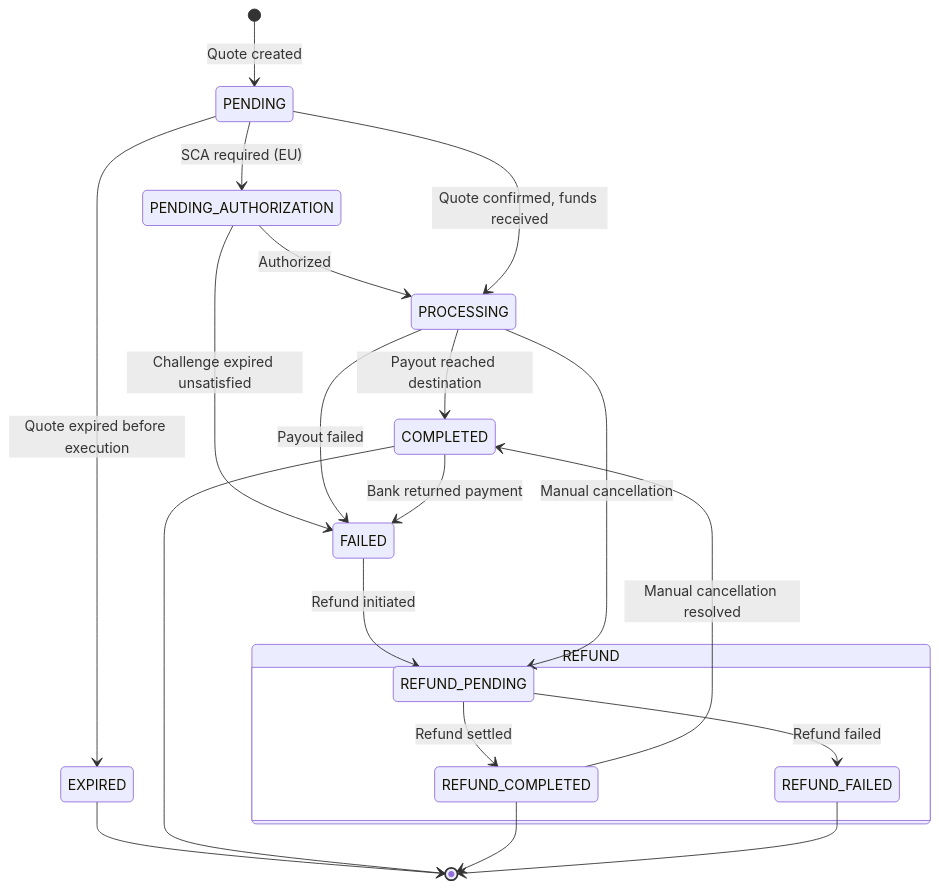
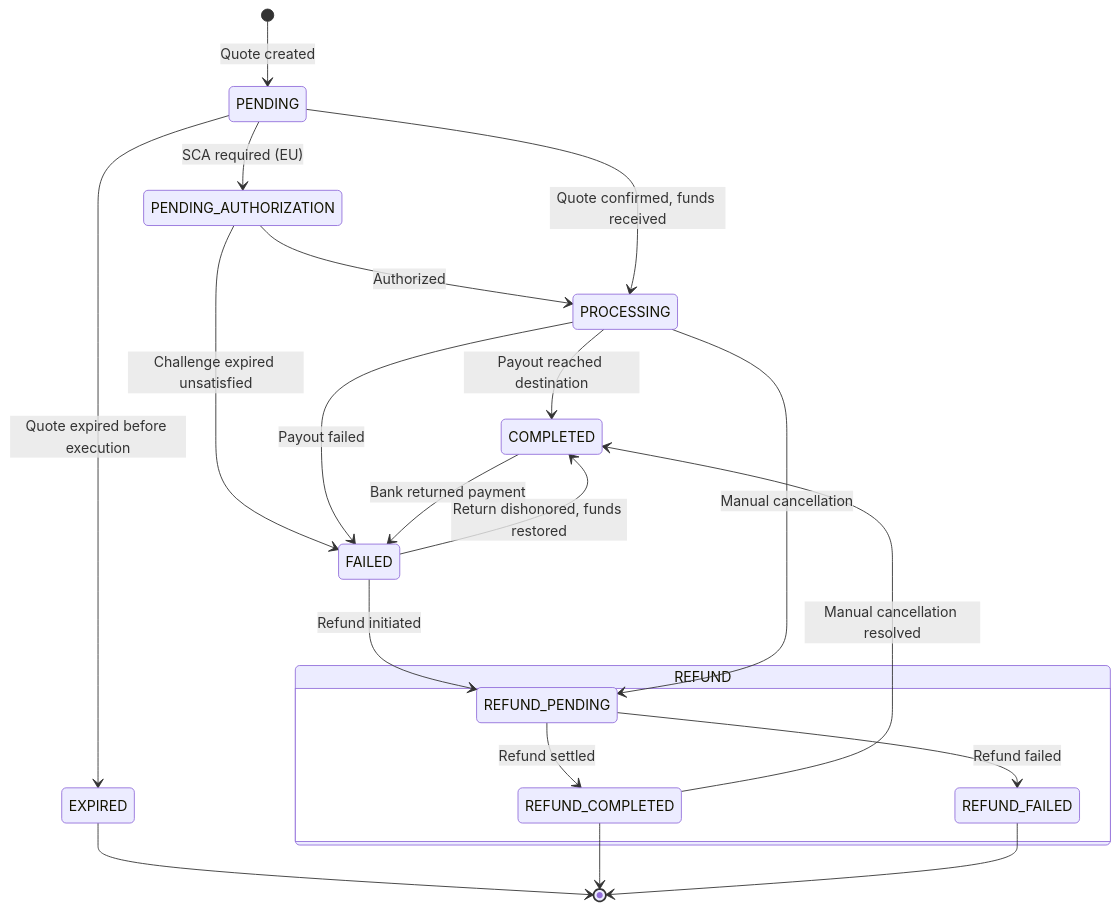
Before and after one commit to lightsparkdev/grid-api: the diagram in mintlify/platform-overview/core-concepts/transaction-lifecycle.mdx, drawn with Mermaid. The commit also changed other lines of this file and 10 other files, not shown here.

First line of the commit message:
docs(transactions): status reports where the funds are, and FAILED is not terminal

````diff
--- a/mintlify/platform-overview/core-concepts/transaction-lifecycle.mdx
+++ b/mintlify/platform-overview/core-concepts/transaction-lifecycle.mdx
@@ -124,23 +124,23 @@
 ```mermaid
 stateDiagram-v2
     [*] --> PENDING : Quote created
     PENDING --> PENDING_AUTHORIZATION : SCA required (EU)
     PENDING_AUTHORIZATION --> PROCESSING : Authorized
     PENDING_AUTHORIZATION --> FAILED : Challenge expired unsatisfied
     PENDING --> PROCESSING : Quote confirmed, funds received
     PENDING --> EXPIRED : Quote expired before execution
     PROCESSING --> COMPLETED : Payout reached destination
     PROCESSING --> FAILED : Payout failed
     COMPLETED --> FAILED : Bank returned payment
+    FAILED --> COMPLETED : Return dishonored, funds restored
     FAILED --> REFUND_PENDING : Refund initiated
     PROCESSING --> REFUND_PENDING : Manual cancellation
     state "REFUND" as refund {
         REFUND_PENDING --> REFUND_COMPLETED : Refund settled
         REFUND_PENDING --> REFUND_FAILED : Refund failed
     }
     REFUND_COMPLETED --> COMPLETED : Manual cancellation resolved
     EXPIRED --> [*]
-    COMPLETED --> [*]
     REFUND_COMPLETED --> [*]
     REFUND_FAILED --> [*]
 ```
````
